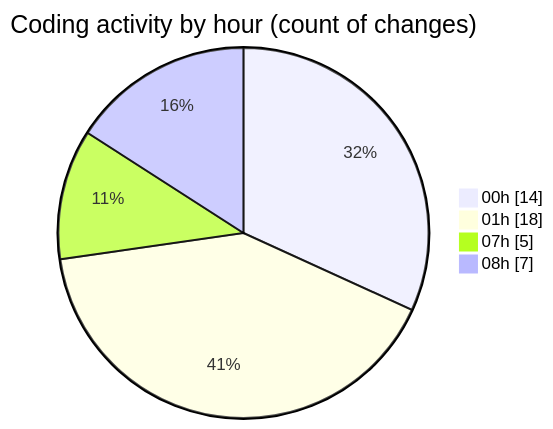
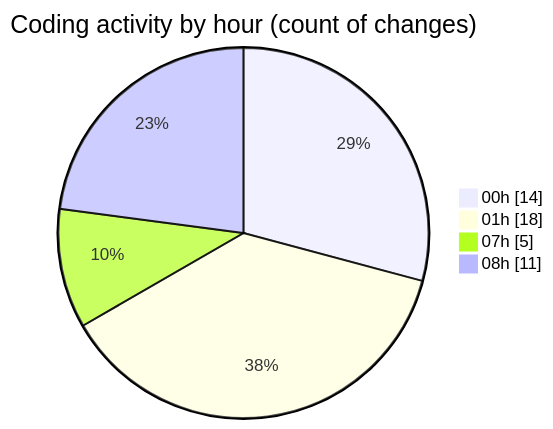
One commit to idhammustaqopulfikri/code-tracking changed the second of 2 diagrams in 2025-06-23/studio-backend/README.md. Above: the diagram before and after it, drawn with Mermaid. The commit also changed other lines of this file and 1 other file, not shown here.

````diff
--- a/2025-06-23/studio-backend/README.md
+++ b/2025-06-23/studio-backend/README.md
@@ -32,8 +33,8 @@
 ```mermaid
 pie showData
 title Coding activity by hour (count of changes)
 "00h" : 14
 "01h" : 18
 "07h" : 5
-"08h" : 7
+"08h" : 11
 ```
````
